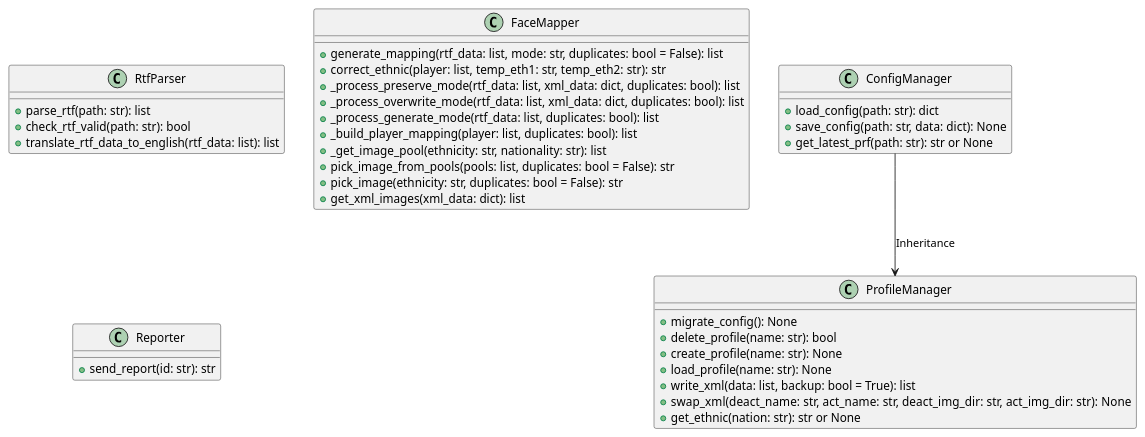
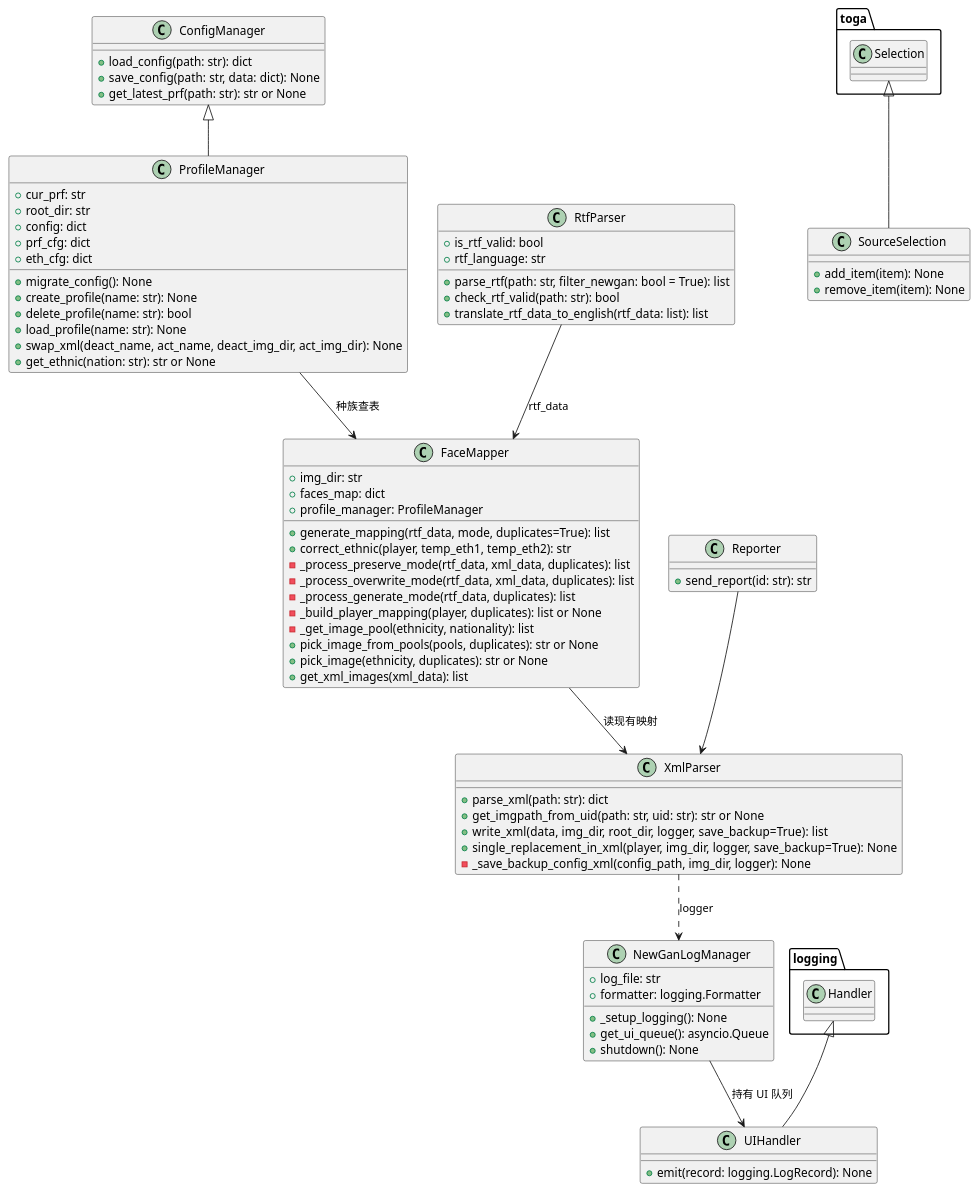
One commit to huangzhanhao/NewGAN-Manager-ByHzH changed the first of 2 diagrams in src/newganmanager/README.md. Above: the diagram before and after it, drawn with PlantUML. The commit also changed other lines of this file and 19 other files, not shown here.

First line of the commit message:
refactor(resources): 更新应用图标资源并完善项目文档

````diff
--- a/src/newganmanager/README.md
+++ b/src/newganmanager/README.md
@@ -88,38 +143,80 @@
 }
 
 class ProfileManager {
+  +cur_prf: str
+  +root_dir: str
+  +config: dict
+  +prf_cfg: dict
+  +eth_cfg: dict
   +migrate_config(): None
+  +create_profile(name: str): None
   +delete_profile(name: str): bool
-  +create_profile(name: str): None
   +load_profile(name: str): None
-  +write_xml(data: list, backup: bool = True): list
-  +swap_xml(deact_name: str, act_name: str, deact_img_dir: str, act_img_dir: str): None
+  +swap_xml(deact_name, act_name, deact_img_dir, act_img_dir): None
   +get_ethnic(nation: str): str or None
 }
 
 class RtfParser {
-  +parse_rtf(path: str): list
+  +is_rtf_valid: bool
+  +rtf_language: str
+  +parse_rtf(path: str, filter_newgan: bool = True): list
   +check_rtf_valid(path: str): bool
   +translate_rtf_data_to_english(rtf_data: list): list
 }
 
+class XmlParser {
+  +parse_xml(path: str): dict
+  +get_imgpath_from_uid(path: str, uid: str): str or None
+  +write_xml(data, img_dir, root_dir, logger, save_backup=True): list
+  +single_replacement_in_xml(player, img_dir, logger, save_backup=True): None
+  -_save_backup_config_xml(config_path, img_dir, logger): None
+}
+
 class FaceMapper {
-  +generate_mapping(rtf_data: list, mode: str, duplicates: bool = False): list
-  +correct_ethnic(player: list, temp_eth1: str, temp_eth2: str): str
-  +_process_preserve_mode(rtf_data: list, xml_data: dict, duplicates: bool): list
-  +_process_overwrite_mode(rtf_data: list, xml_data: dict, duplicates: bool): list
-  +_process_generate_mode(rtf_data: list, duplicates: bool): list
-  +_build_player_mapping(player: list, duplicates: bool): list
-  +_get_image_pool(ethnicity: str, nationality: str): list
-  +pick_image_from_pools(pools: list, duplicates: bool = False): str
-  +pick_image(ethnicity: str, duplicates: bool = False): str
-  +get_xml_images(xml_data: dict): list
+  +img_dir: str
+  +faces_map: dict
+  +profile_manager: ProfileManager
+  +generate_mapping(rtf_data, mode, duplicates=True): list
+  +correct_ethnic(player, temp_eth1, temp_eth2): str
+  -_process_preserve_mode(rtf_data, xml_data, duplicates): list
+  -_process_overwrite_mode(rtf_data, xml_data, duplicates): list
+  -_process_generate_mode(rtf_data, duplicates): list
+  -_build_player_mapping(player, duplicates): list or None
+  -_get_image_pool(ethnicity, nationality): list
+  +pick_image_from_pools(pools, duplicates): str or None
+  +pick_image(ethnicity, duplicates): str or None
+  +get_xml_images(xml_data): list
+}
+
+class NewGanLogManager {
+  +log_file: str
+  +formatter: logging.Formatter
+  +_setup_logging(): None
+  +get_ui_queue(): asyncio.Queue
+  +shutdown(): None
+}
+
+class UIHandler {
+  +emit(record: logging.LogRecord): None
+}
+
+class SourceSelection {
+  +add_item(item): None
+  +remove_item(item): None
 }
 
 class Reporter {
   +send_report(id: str): str
 }
 
-ConfigManager --> ProfileManager : Inheritance
+ConfigManager <|-- ProfileManager
+ProfileManager --> FaceMapper : 种族查表
+RtfParser --> FaceMapper : rtf_data
+FaceMapper --> XmlParser : 读现有映射
+XmlParser ..> NewGanLogManager : logger
+Reporter --> XmlParser
+toga.Selection <|-- SourceSelection
+logging.Handler <|-- UIHandler
+NewGanLogManager --> UIHandler : 持有 UI 队列
 @enduml
 ```
````
